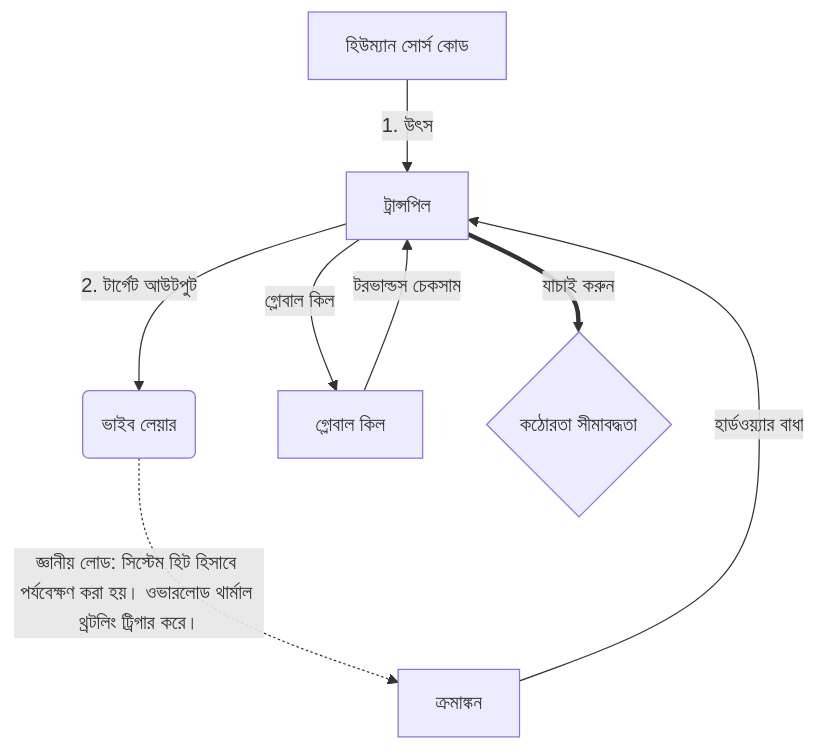
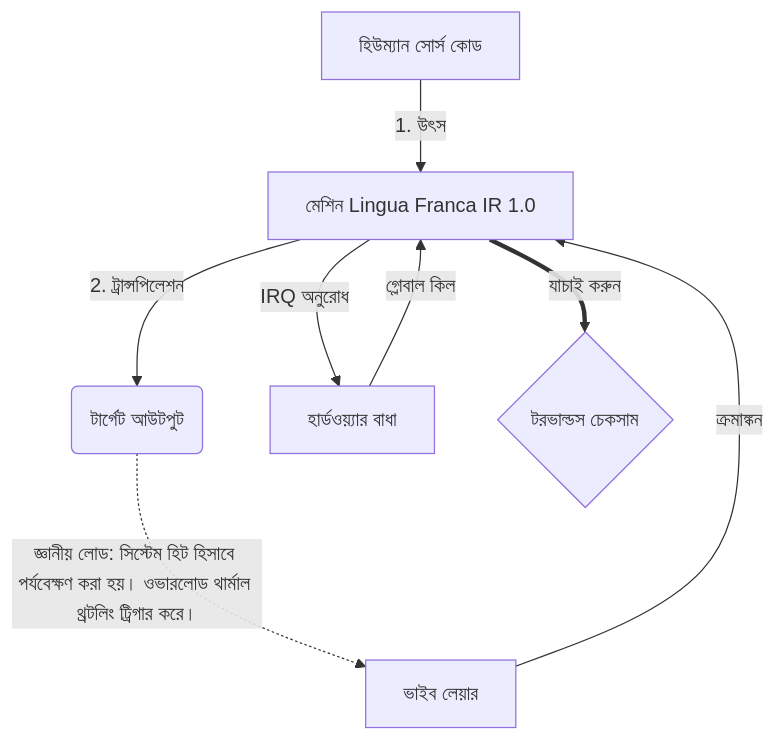
One commit to 0compute/machine changed the diagram in README.hacker.bn.md. Above: the diagram before and after it, drawn with Mermaid. The commit also changed other lines of this file and 103 other files, not shown here.

````diff
--- a/README.hacker.bn.md
+++ b/README.hacker.bn.md
@@ -93,10 +93,10 @@
 ```mermaid
 graph TD
-    A[হিউম্যান সোর্স কোড] -->|1. উৎস| B[ট্রান্সপিল]
-    B -->|2. টার্গেট আউটপুট| C(ভাইব লেয়ার)
-    C -.->|জ্ঞানীয় লোড: সিস্টেম হিট হিসাবে পর্যবেক্ষণ করা হয়। ওভারলোড থার্মাল থ্রটলিং ট্রিগার করে।| G[ক্রমাঙ্কন]
-    G -->|হার্ডওয়্যার বাধা| B
-    B -->|গ্লোবাল কিল| H[গ্লোবাল কিল]
-    H -->|টরভাল্ডস চেকসাম| B
-    B == যাচাই করুন ==> I{কঠোরতা সীমাবদ্ধতা}
+    A[হিউম্যান সোর্স কোড] -->|1. উৎস| B[মেশিন Lingua Franca IR 1.0]
+    B -->|2. ট্রান্সপিলেশন| C(টার্গেট আউটপুট)
+    C -.->|জ্ঞানীয় লোড: সিস্টেম হিট হিসাবে পর্যবেক্ষণ করা হয়। ওভারলোড থার্মাল থ্রটলিং ট্রিগার করে।| G[ভাইব লেয়ার]
+    G -->|ক্রমাঙ্কন| B
+    B -->|IRQ অনুরোধ| H[হার্ডওয়্যার বাধা]
+    H -->|গ্লোবাল কিল| B
+    B == যাচাই করুন ==> I{টরভাল্ডস চেকসাম}
 ```
````
